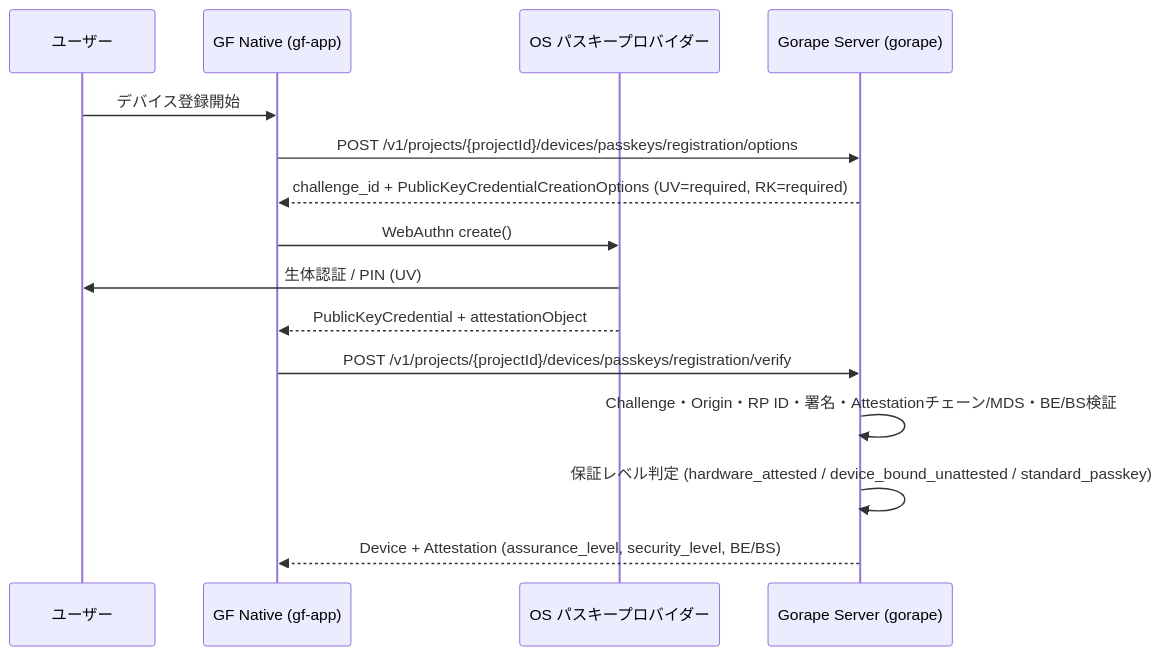
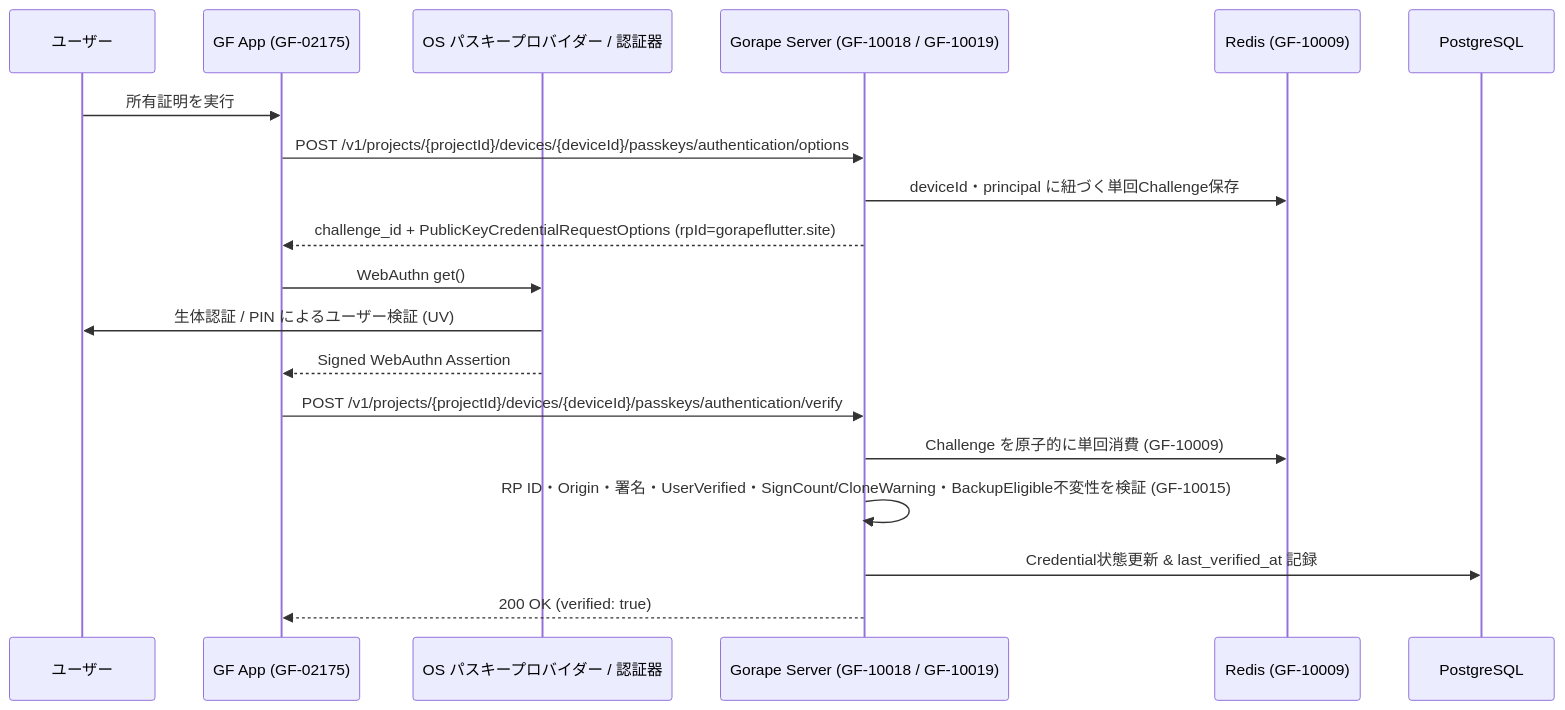
The fifth of 6 diagrams in docs/jp/DEVICE_TRUST_SPEC.md (GorapeFlutter/gf-app), drawn with Mermaid before and after one commit. The commit also changed other lines of this file and 70 other files, not shown here.

Commit message:
feat(android): add hardware-backed Gorape passkey provider

````diff
--- a/docs/jp/DEVICE_TRUST_SPEC.md
+++ b/docs/jp/DEVICE_TRUST_SPEC.md
@@ -36,17 +153,22 @@
 ```mermaid
 sequenceDiagram
     participant User as ユーザー
-    participant App as GF Native (gf-app)
-    participant OS as OS パスキープロバイダー
-    participant Server as Gorape Server (gorape)
-    User->>App: デバイス登録開始
-    App->>Server: POST /v1/projects/{projectId}/devices/passkeys/registration/options
-    Server-->>App: challenge_id + PublicKeyCredentialCreationOptions (UV=required, RK=required)
-    App->>OS: WebAuthn create()
-    OS->>User: 生体認証 / PIN (UV)
-    OS-->>App: PublicKeyCredential + attestationObject
-    App->>Server: POST /v1/projects/{projectId}/devices/passkeys/registration/verify
-    Server->>Server: Challenge・Origin・RP ID・署名・Attestationチェーン/MDS・BE/BS検証
-    Server->>Server: 保証レベル判定 (hardware_attested / device_bound_unattested / standard_passkey)
-    Server-->>App: Device + Attestation (assurance_level, security_level, BE/BS)
+    participant App as GF App (GF-02175)
+    participant OS as OS パスキープロバイダー / 認証器
+    participant Server as Gorape Server (GF-10018 / GF-10019)
+    participant Redis as Redis (GF-10009)
+    participant DB as PostgreSQL
+
+    User->>App: 所有証明を実行
+    App->>Server: POST /v1/projects/{projectId}/devices/{deviceId}/passkeys/authentication/options
+    Server->>Redis: deviceId・principal に紐づく単回Challenge保存
+    Server-->>App: challenge_id + PublicKeyCredentialRequestOptions (rpId=gorapeflutter.site)
+    App->>OS: WebAuthn get()
+    OS->>User: 生体認証 / PIN によるユーザー検証 (UV)
+    OS-->>App: Signed WebAuthn Assertion
+    App->>Server: POST /v1/projects/{projectId}/devices/{deviceId}/passkeys/authentication/verify
+    Server->>Redis: Challenge を原子的に単回消費 (GF-10009)
+    Server->>Server: RP ID・Origin・署名・UserVerified・SignCount/CloneWarning・BackupEligible不変性を検証 (GF-10015)
+    Server->>DB: Credential状態更新 & last_verified_at 記録
+    Server-->>App: 200 OK (verified: true)
 ```
````
